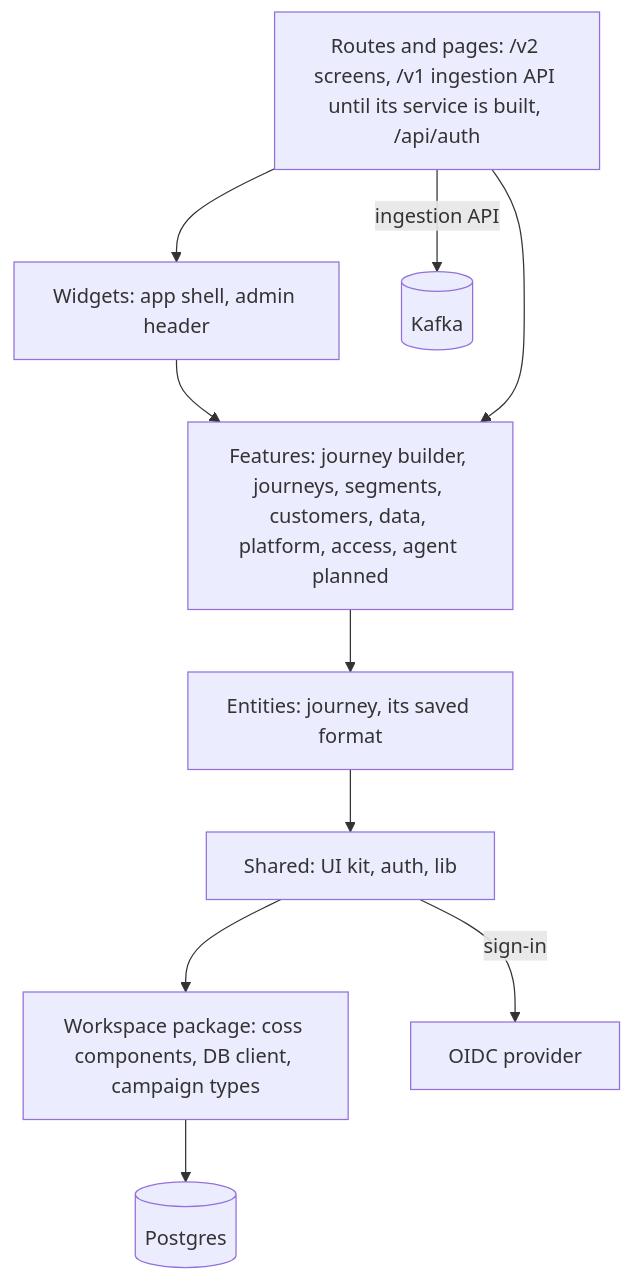
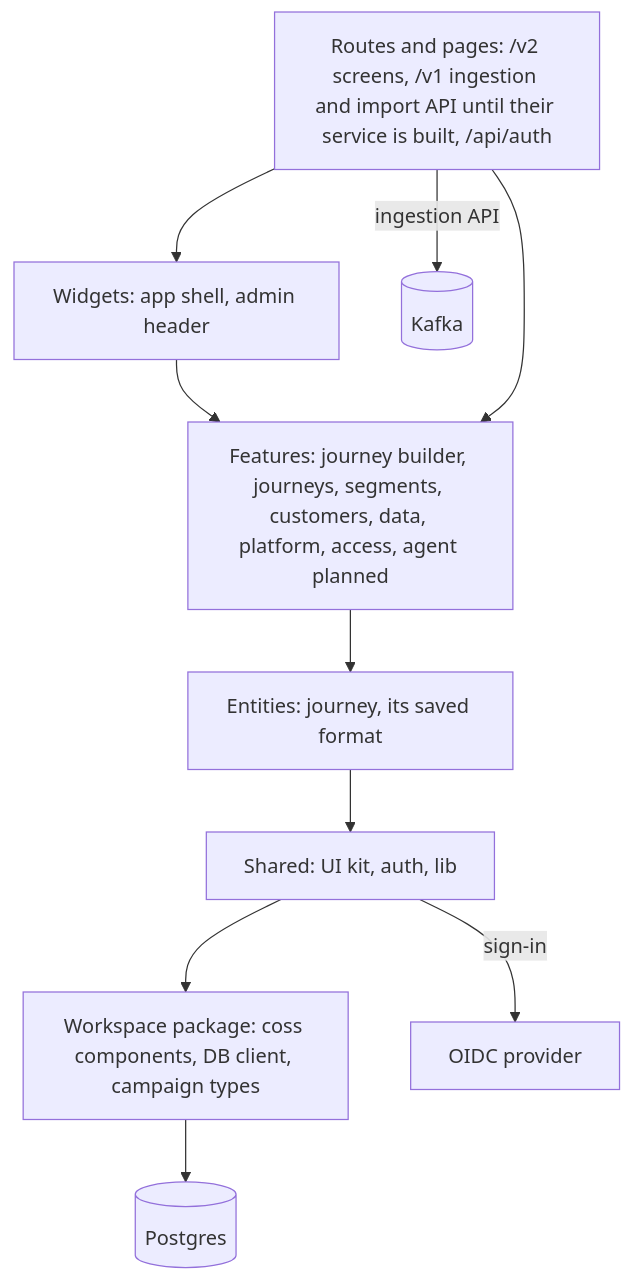
One commit to 18120158binh/salarose changed the sixth of 7 diagrams in docs/internal/architecture/overview.md. Above: the diagram before and after it, drawn with Mermaid. The commit also changed other lines of this file and 13 other files, not shown here.

````diff
--- a/docs/internal/architecture/overview.md
+++ b/docs/internal/architecture/overview.md
@@ -233,17 +233,17 @@
 ```mermaid
 flowchart TB
-	routes[Routes and pages: /v2 screens, /v1 ingestion API until its service is built, /api/auth]
+	routes[Routes and pages: /v2 screens, /v1 ingestion and import API until their service is built, /api/auth]
 	widgets[Widgets: app shell, admin header]
 	features[Features: journey builder, journeys, segments, customers, data, platform, access, agent planned]
 	entities[Entities: journey, its saved format]
 	sharedui[Shared: UI kit, auth, lib]
 	pkg[Workspace package: coss components, DB client, campaign types]
 	pg[(Postgres)]
 	kafka[(Kafka)]
 	idp[OIDC provider]
 	routes --> widgets --> features --> entities --> sharedui --> pkg
 	routes --> features
 	pkg --> pg
 	routes -->|ingestion API| kafka
 	sharedui -->|sign-in| idp
 ```
````
